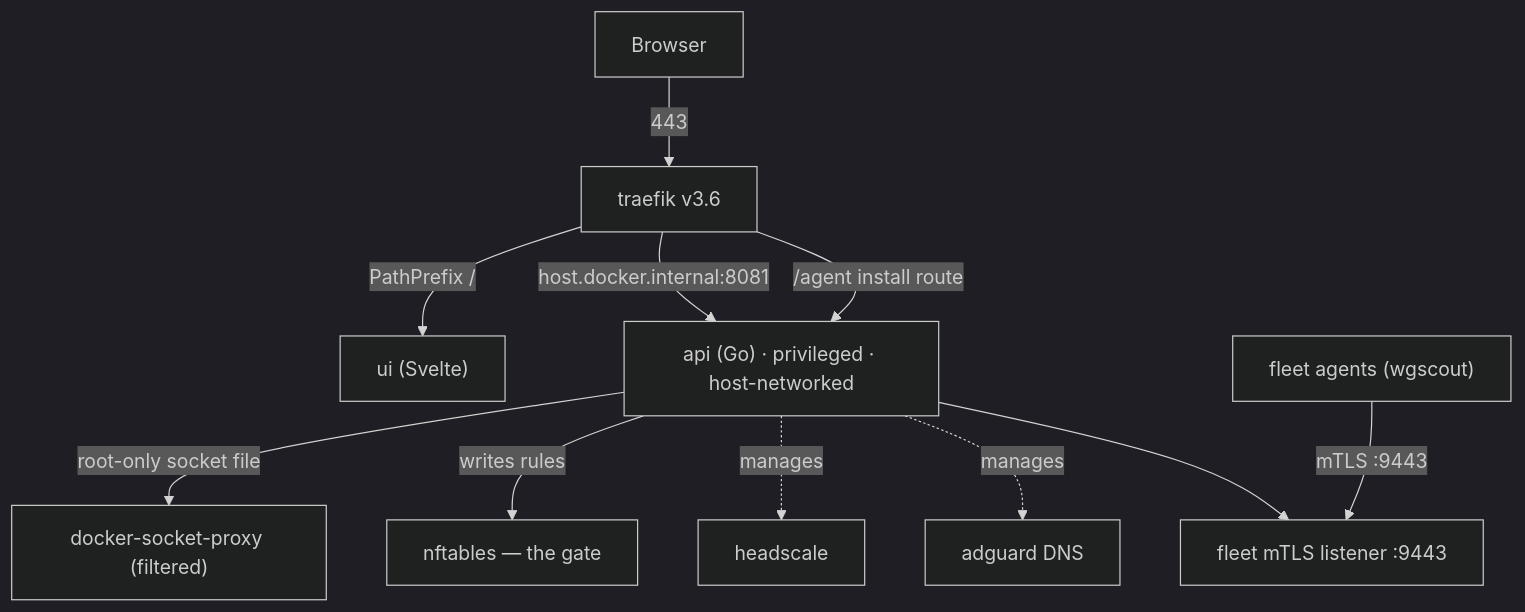
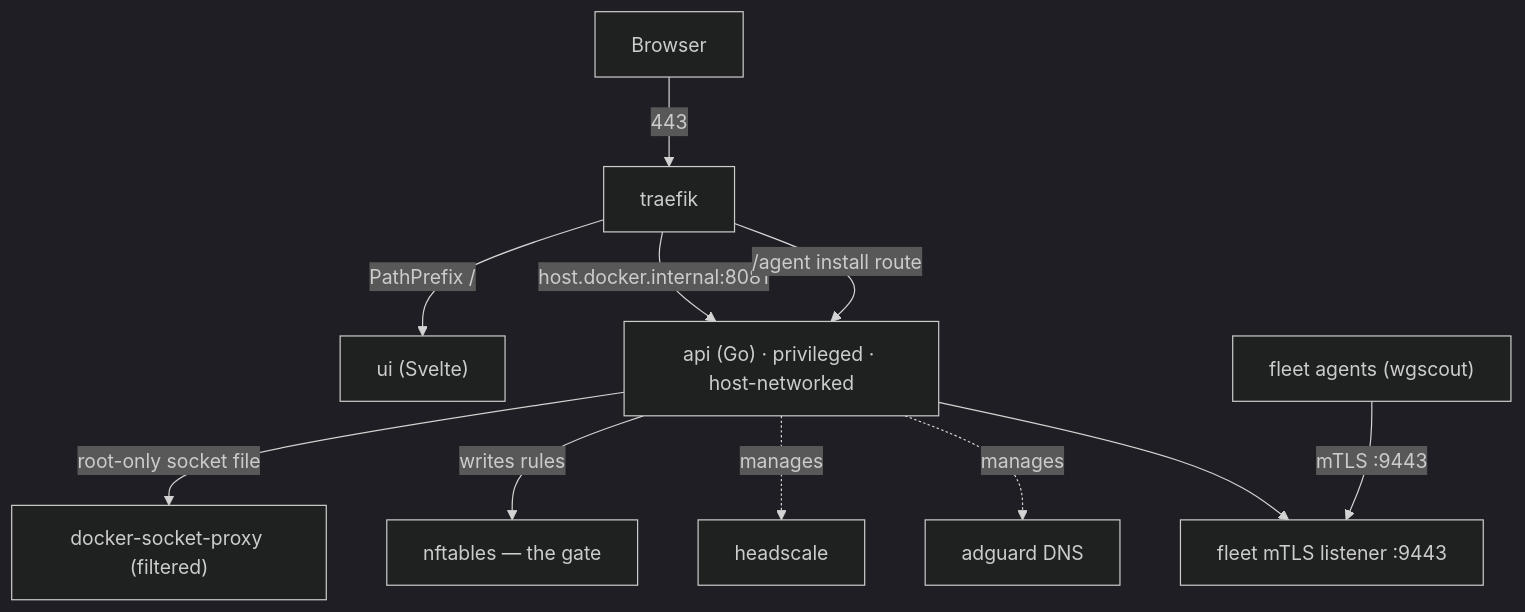
Before and after one commit to packalyst/motte: the first of 6 diagrams in README.md, drawn with Mermaid (dark theme). The commit also changed other lines of this file and 17 other files, not shown here.

````diff
--- a/README.md
+++ b/README.md
@@ -119,13 +172,13 @@
 ```mermaid
 flowchart TB
-    browser["Browser"] -->|443| traefik["traefik v3.6"]
+    browser["Browser"] -->|443| traefik["traefik"]
     traefik -->|"PathPrefix /"| ui["ui (Svelte)"]
     traefik -->|"host.docker.internal:8081"| api["api (Go) · privileged · host-networked"]
     traefik -->|"/agent install route"| api
     api -->|"root-only socket file"| proxy["docker-socket-proxy (filtered)"]
     api -->|"writes rules"| nft["nftables — the gate"]
     api -.->|manages| headscale["headscale"]
     api -.->|manages| adguard["adguard DNS"]
     api --> fleetl["fleet mTLS listener :9443"]
     agents["fleet agents (wgscout)"] -->|"mTLS :9443"| fleetl
 ```
````
